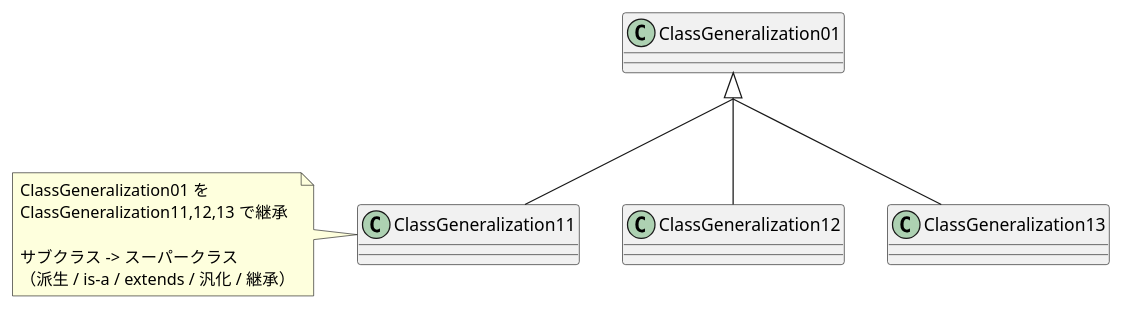
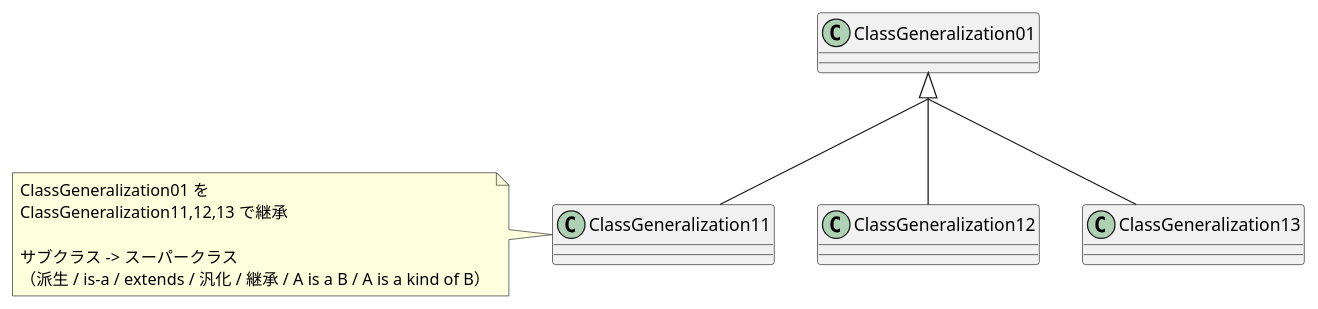
Before and after one commit to yzkn/PlantUML-CheatSheet: the third of 11 diagrams in src/14-000-クラス図.md, drawn with PlantUML. The commit also changed other lines of this file, not shown here.

````diff
--- a/src/14-000-クラス図.md
+++ b/src/14-000-クラス図.md
@@ -70,25 +70,25 @@
 ```plantuml
 
 @startuml
 
 ' skinparam groupInheritance 1 /' 継承の矢印の矢じりをグループ化しない '/
 skinparam groupInheritance 2 /' 継承の矢印の矢じりが2つ以上の場合にグループ化 '/
 
 ' ClassGeneralization01 ^-- ClassGeneralization11
 ClassGeneralization01 <|-- ClassGeneralization11
 ClassGeneralization01 <|-- ClassGeneralization12
 ClassGeneralization01 <|-- ClassGeneralization13
 ClassGeneralization11 -[hidden]> ClassGeneralization12
 ClassGeneralization12 -[hidden]> ClassGeneralization13
 
 note left of ClassGeneralization11
     ClassGeneralization01 を
     ClassGeneralization11,12,13 で継承
 
     サブクラス -> スーパークラス
-    （派生 / is-a / extends / 汎化 / 継承）
+    （派生 / is-a / extends / 汎化 / 継承 / A is a B / A is a kind of B）
 end note
 
 @enduml
 
 ```
````
